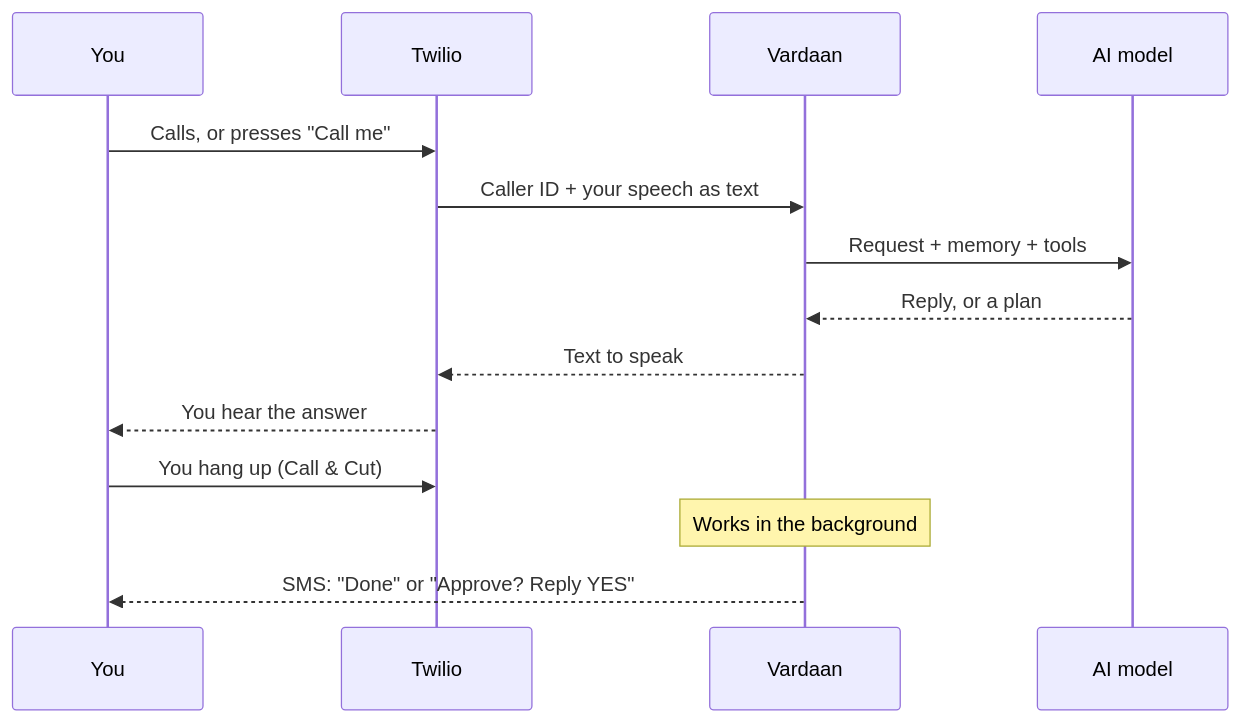
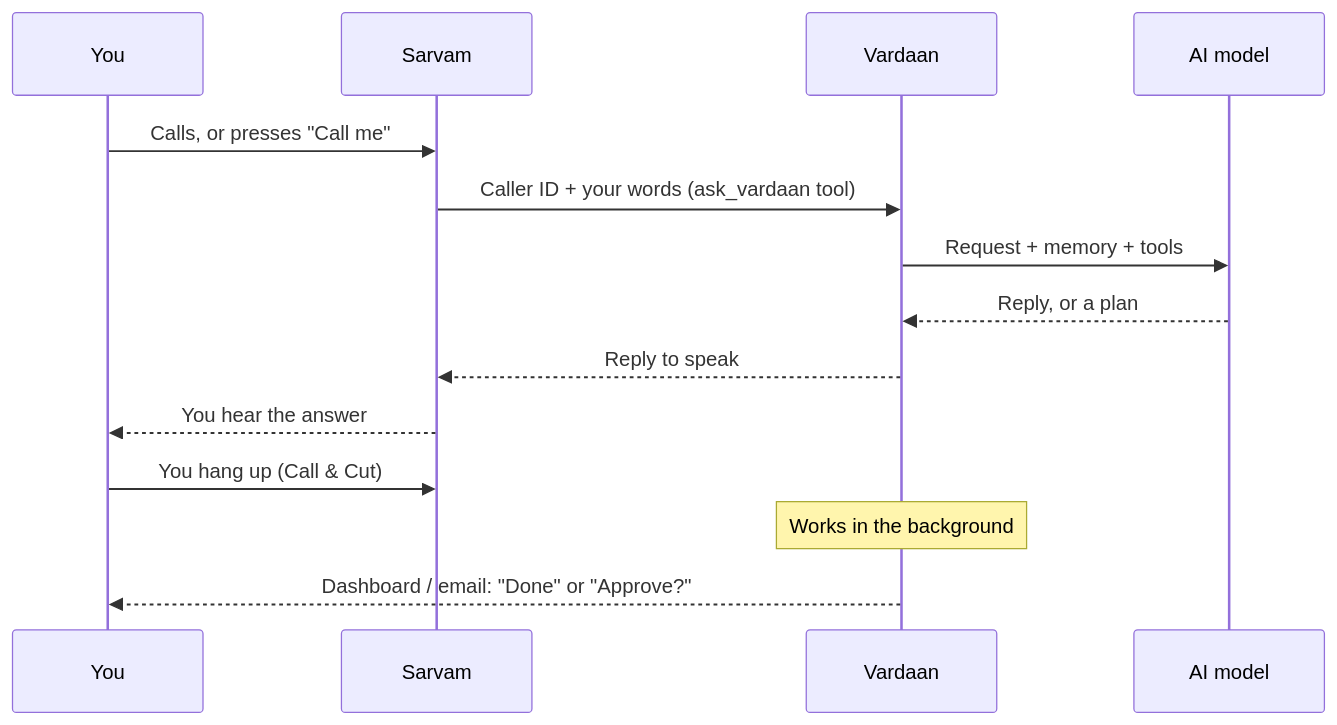
The second of 3 diagrams in docs/DOCS.md (fantastic4-team/Vardaan), drawn with Mermaid before and after one commit. The commit also changed other lines of this file and 40 other files, not shown here.

````diff
--- a/docs/DOCS.md
+++ b/docs/DOCS.md
@@ -78,16 +78,16 @@
 ```mermaid
 sequenceDiagram
   participant You
-  participant Twilio
+  participant Sarvam
   participant Vardaan
   participant AI as AI model
-  You->>Twilio: Calls, or presses "Call me"
-  Twilio->>Vardaan: Caller ID + your speech as text
+  You->>Sarvam: Calls, or presses "Call me"
+  Sarvam->>Vardaan: Caller ID + your words (ask_vardaan tool)
   Vardaan->>AI: Request + memory + tools
   AI-->>Vardaan: Reply, or a plan
-  Vardaan-->>Twilio: Text to speak
-  Twilio-->>You: You hear the answer
-  You->>Twilio: You hang up (Call & Cut)
+  Vardaan-->>Sarvam: Reply to speak
+  Sarvam-->>You: You hear the answer
+  You->>Sarvam: You hang up (Call & Cut)
   Note over Vardaan: Works in the background
-  Vardaan-->>You: SMS: "Done" or "Approve? Reply YES"
+  Vardaan-->>You: Dashboard / email: "Done" or "Approve?"
 ```
````
